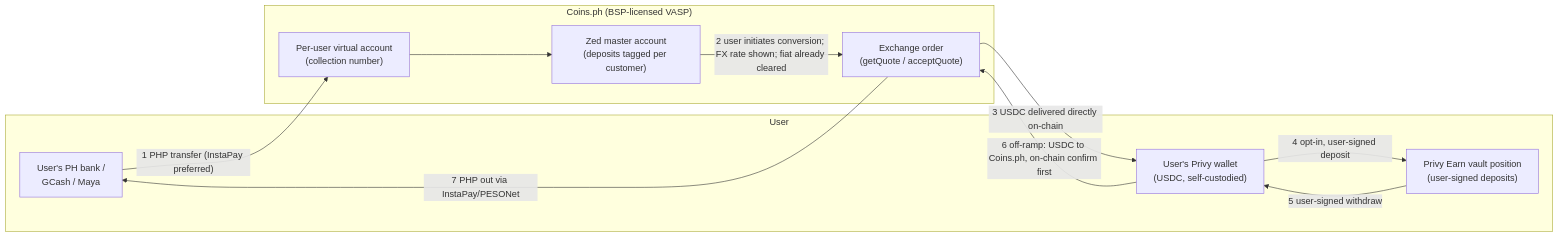
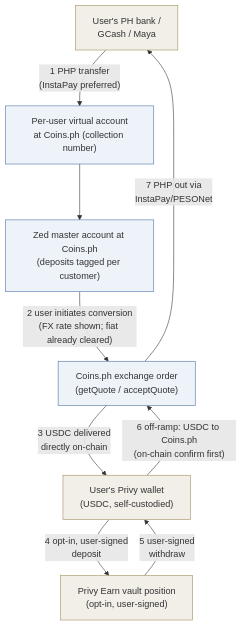
The diagram in tracks/c-usdc-vasp-privy/prd.md (STAbraham/stablecoin-project), drawn with Mermaid before and after one commit. The commit also changed 21 other files, not shown here.

Commit message:
Team-doc rendering fix: vertical diagram layouts, print-DPI PNGs, styled docx reference (Arial hierarchy); pipeline scripts into tools/

````diff
--- a/tracks/c-usdc-vasp-privy/prd.md
+++ b/tracks/c-usdc-vasp-privy/prd.md
@@ -28,20 +28,21 @@
 ```mermaid
-flowchart LR
-  subgraph User
-    U["User's PH bank /<br/>GCash / Maya"]
-    W["User's Privy wallet<br/>(USDC, self-custodied)"]
-    V["Privy Earn vault position<br/>(user-signed deposits)"]
-  end
-  subgraph CoinsPH["Coins.ph (BSP-licensed VASP)"]
-    VA["Per-user virtual account<br/>(collection number)"]
-    MA["Zed master account<br/>(deposits tagged per customer)"]
-    X["Exchange order<br/>(getQuote / acceptQuote)"]
-  end
-  U -->|"1 PHP transfer (InstaPay preferred)"| VA --> MA
-  MA -->|"2 user initiates conversion; FX rate shown; fiat already cleared"| X
-  X -->|"3 USDC delivered directly on-chain"| W
-  W -->|"4 opt-in, user-signed deposit"| V
-  V -->|"5 user-signed withdraw"| W
-  W -->|"6 off-ramp: USDC to Coins.ph, on-chain confirm first"| X
-  X -->|"7 PHP out via InstaPay/PESONet"| U
+flowchart TD
+  U["User's PH bank /<br/>GCash / Maya"]
+  VA["Per-user virtual account<br/>at Coins.ph (collection number)"]
+  MA["Zed master account at Coins.ph<br/>(deposits tagged per customer)"]
+  X["Coins.ph exchange order<br/>(getQuote / acceptQuote)"]
+  W["User's Privy wallet<br/>(USDC, self-custodied)"]
+  V["Privy Earn vault position<br/>(opt-in, user-signed)"]
+  U -->|"1 PHP transfer<br/>(InstaPay preferred)"| VA
+  VA --> MA
+  MA -->|"2 user initiates conversion<br/>(FX rate shown; fiat already cleared)"| X
+  X -->|"3 USDC delivered<br/>directly on-chain"| W
+  W -->|"4 opt-in, user-signed<br/>deposit"| V
+  V -->|"5 user-signed<br/>withdraw"| W
+  W -->|"6 off-ramp: USDC to Coins.ph<br/>(on-chain confirm first)"| X
+  X -->|"7 PHP out via<br/>InstaPay/PESONet"| U
+  classDef coins fill:#eef3fa,stroke:#4a6fa5
+  classDef user fill:#f2efe9,stroke:#a08c5b
+  class VA,MA,X coins
+  class U,W,V user
 ```
````
